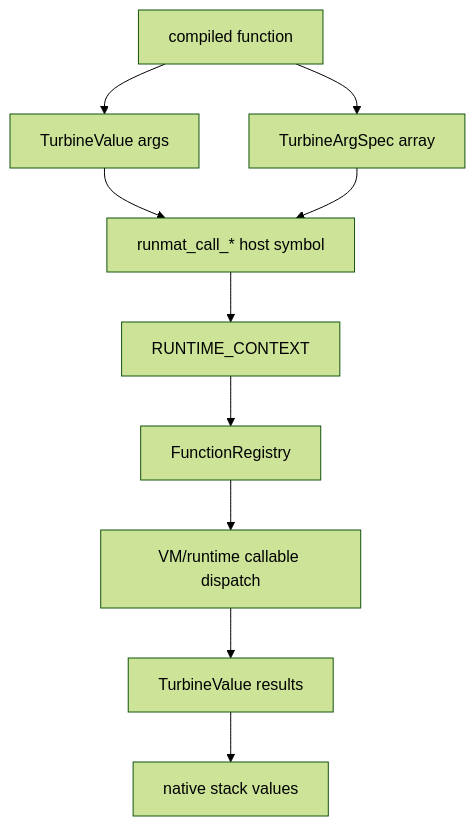
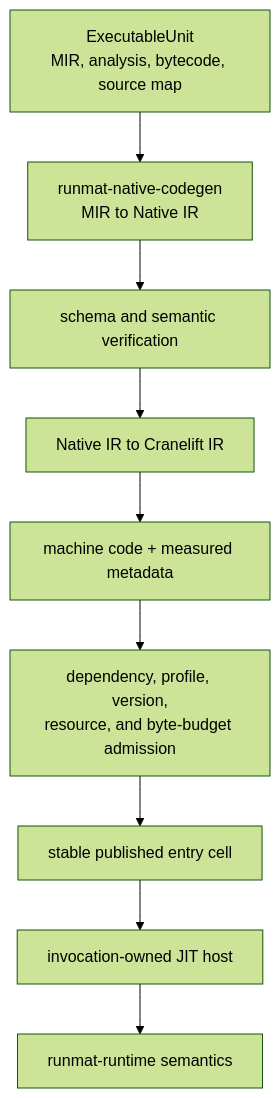
Before and after one commit to runmat-org/runmat: the diagram in docs/jit/pipeline.md, drawn with Mermaid (forest theme). The commit also changed other lines of this file and 61 other files, not shown here.

````diff
--- a/docs/jit/pipeline.md
+++ b/docs/jit/pipeline.md
@@ -65,19 +14,14 @@
 ```mermaid
 flowchart TD
-  Native["compiled function"]
-  Args["TurbineValue args"]
-  Specs["TurbineArgSpec array"]
-  Bridge["runmat_call_* host symbol"]
-  Context["RUNTIME_CONTEXT"]
-  Registry["FunctionRegistry"]
-  Runtime["VM/runtime callable dispatch"]
-  Results["TurbineValue results"]
-  Stack["native stack values"]
+  Unit["ExecutableUnit<br/>MIR, analysis, bytecode, source map"]
+  Lower["runmat-native-codegen<br/>MIR to Native IR"]
+  Verify["schema and semantic verification"]
+  CLIF["Native IR to Cranelift IR"]
+  Code["machine code + measured metadata"]
+  Admit["dependency, profile, version,<br/>resource, and byte-budget admission"]
+  Cell["stable published entry cell"]
+  Host["invocation-owned JIT host"]
+  Runtime["runmat-runtime semantics"]
 
-  Native --> Args
-  Native --> Specs
-  Args --> Bridge
-  Specs --> Bridge
-  Bridge --> Context --> Registry --> Runtime
-  Runtime --> Results --> Stack
+  Unit --> Lower --> Verify --> CLIF --> Code --> Admit --> Cell --> Host --> Runtime
 ```
````
